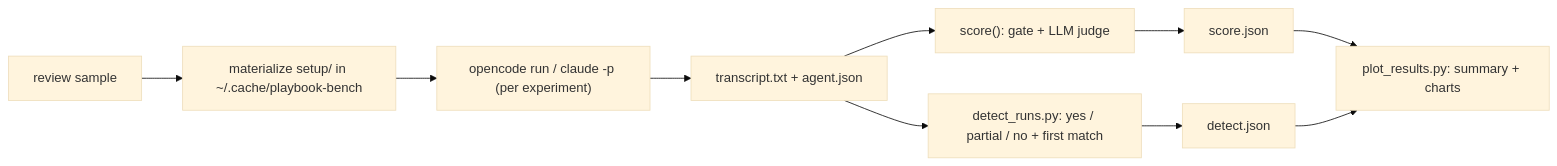
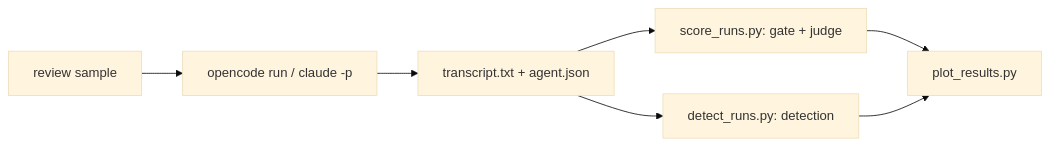
Before and after one commit to msobroza/coding-agent-playbook: the diagram in benchmarks/README.md, drawn with Mermaid (base theme). The commit also changed other lines of this file and 941 other files, not shown here.

````diff
--- a/benchmarks/README.md
+++ b/benchmarks/README.md
@@ -79,12 +67,7 @@
 ```mermaid
 flowchart LR
-  S[review sample] --> M[materialize setup/ in ~/.cache/playbook-bench]
-  M --> A["opencode run / claude -p (per experiment)"]
+  S[review sample] --> A["opencode run / claude -p"]
   A --> T[transcript.txt + agent.json]
-  T --> G["score(): gate + LLM judge"]
-  G --> R[score.json]
-  T --> D["detect_runs.py: yes / partial / no + first match"]
-  D --> J[detect.json]
-  R --> P[plot_results.py: summary + charts]
-  J --> P
+  T --> G["score_runs.py: gate + judge"] --> P[plot_results.py]
+  T --> D["detect_runs.py: detection"] --> P
 ```
````
